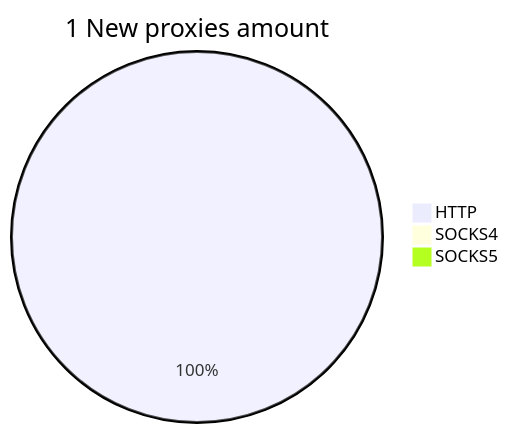
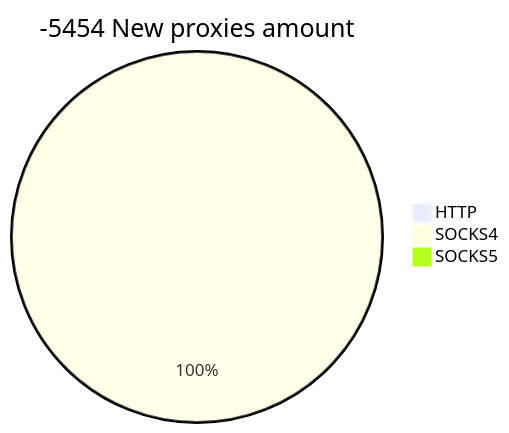
One commit to cutipu/proxylist changed the second of 2 diagrams in README.md. Above: the diagram before and after it, drawn with Mermaid. The commit also changed other lines of this file, not shown here.

````diff
--- a/README.md
+++ b/README.md
@@ -10,6 +10,6 @@
 ```mermaid
-pie title 1 New proxies amount
-    "HTTP" : 2
-    "SOCKS4" : 0
+pie title -5454 New proxies amount
+    "HTTP" : 0
+    "SOCKS4" : 1
     "SOCKS5" : 0
 ```
````
